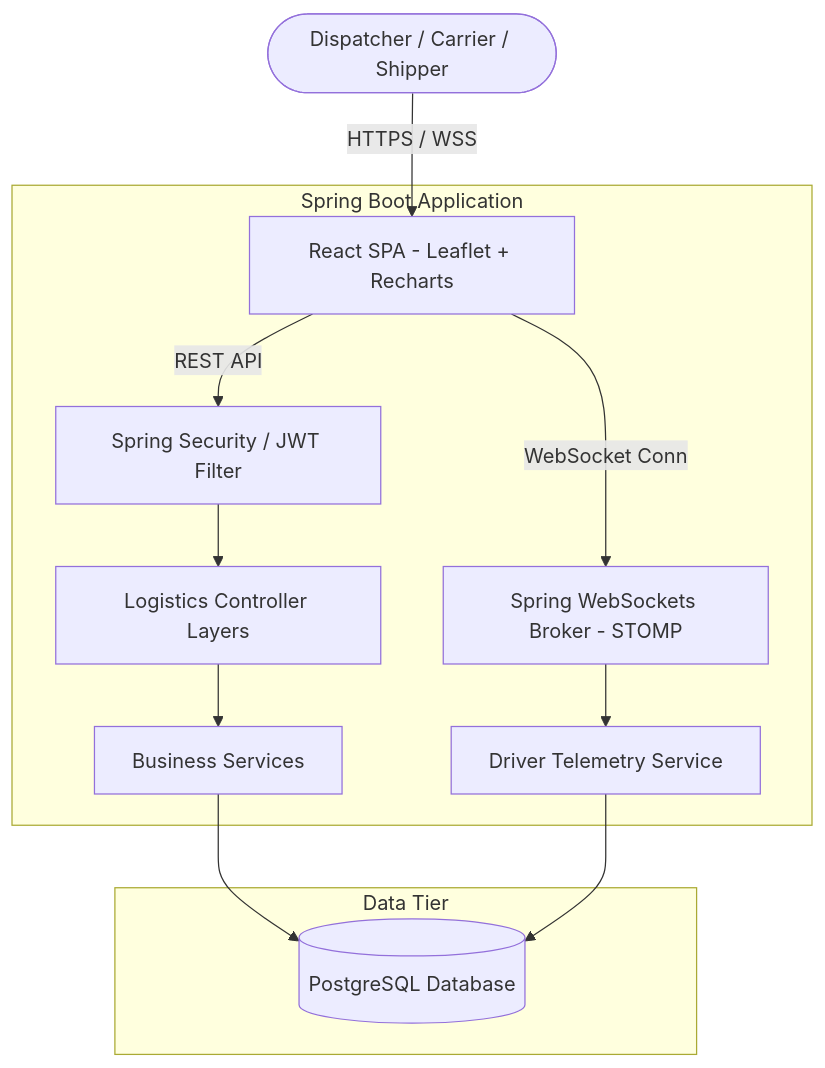
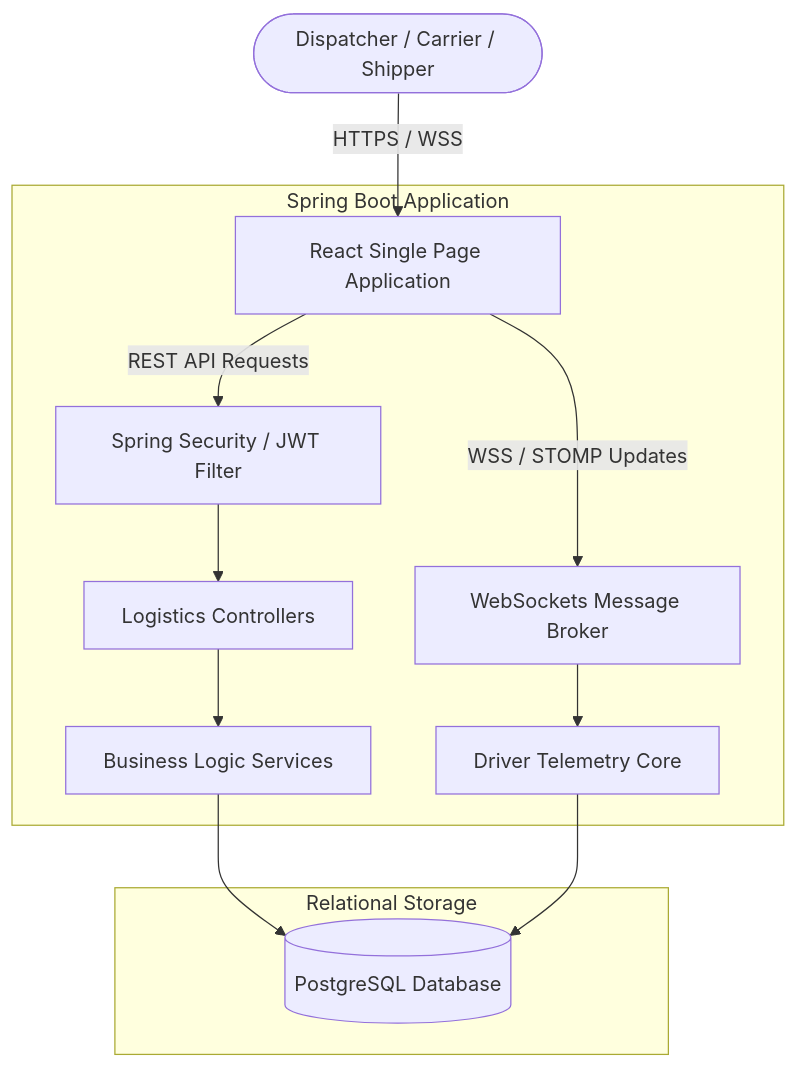
One commit to SaiSnehasree/real-time-logistics-marketplace changed the first of 4 diagrams in logisticsmarketplace/README.md. Above: the diagram before and after it, drawn with Mermaid. The commit also changed other lines of this file, not shown here.

````diff
--- a/logisticsmarketplace/README.md
+++ b/logisticsmarketplace/README.md
@@ -38,15 +53,17 @@
 ```mermaid
 graph TD
-    User([Dispatcher / Carrier / Shipper]) -->|HTTPS / WSS| FE[React SPA - Leaflet + Recharts]
+    User([Dispatcher / Carrier / Shipper]) -->|HTTPS / WSS| FE[React Single Page Application]
+    
     subgraph Spring Boot Application
-        FE -->|REST API| Sec[Spring Security / JWT Filter]
-        FE -->|WebSocket Conn| STOMP[Spring WebSockets Broker - STOMP]
-        Sec --> Ctrl[Logistics Controller Layers]
-        STOMP --> Telem[Driver Telemetry Service]
-        Ctrl --> Srv[Business Services]
+        FE -->|REST API Requests| Sec[Spring Security / JWT Filter]
+        FE -->|WSS / STOMP Updates| STOMP[WebSockets Message Broker]
+        Sec --> Ctrl[Logistics Controllers]
+        STOMP --> Telem[Driver Telemetry Core]
+        Ctrl --> Srv[Business Logic Services]
     end
-    subgraph Data Tier
+
+    subgraph Relational Storage
         Srv --> DB[(PostgreSQL Database)]
         Telem --> DB
     end
 ```
````
